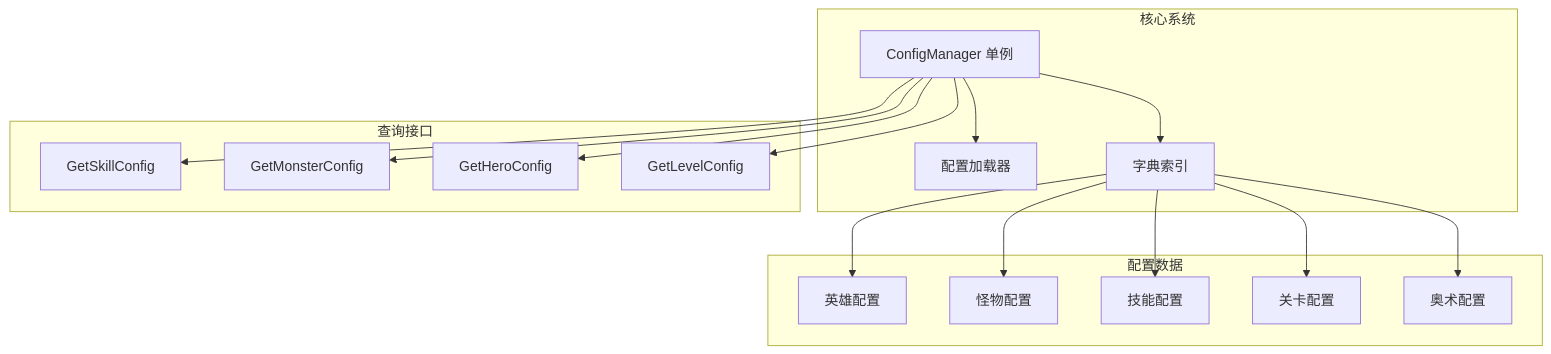
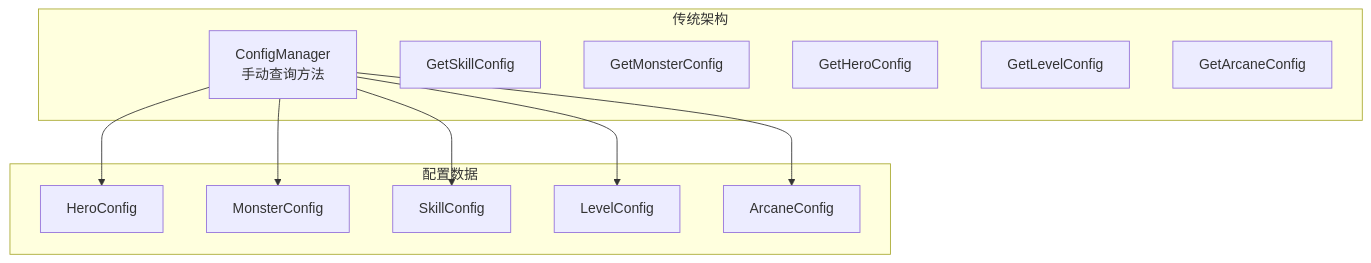
Before and after one commit to Tuusen/p1_client: the first of 2 diagrams in .qoder/repowiki/zh/content/配置管理系统/配置查询接口.md, drawn with Mermaid. The commit also changed other lines of this file and 85 other files, not shown here.

````diff
--- a/.qoder/repowiki/zh/content/配置管理系统/配置查询接口.md
+++ b/.qoder/repowiki/zh/content/配置管理系统/配置查询接口.md
@@ -37,32 +49,23 @@
 ```mermaid
 graph TB
-subgraph "核心系统"
-CM[ConfigManager 单例]
-LM[配置加载器]
-DI[字典索引]
-end
-subgraph "配置数据"
-HC[英雄配置]
-MC[怪物配置]
-SC[技能配置]
-LC[关卡配置]
-AC[奥术配置]
-end
-subgraph "查询接口"
+subgraph "传统架构"
+CM[ConfigManager<br/>手动查询方法]
 GSC[GetSkillConfig]
 GMC[GetMonsterConfig]
 GHC[GetHeroConfig]
 GLC[GetLevelConfig]
+GAC[GetArcaneConfig]
 end
-CM --> LM
-CM --> DI
-DI --> HC
-DI --> MC
-DI --> SC
-DI --> LC
-DI --> AC
-CM --> GSC
-CM --> GMC
-CM --> GHC
-CM --> GLC
+subgraph "配置数据"
+HC[HeroConfig]
+MC[MonsterConfig]
+SC[SkillConfig]
+LC[LevelConfig]
+AC[ArcaneConfig]
+end
+CM --> HC
+CM --> MC
+CM --> SC
+CM --> LC
+CM --> AC
 ```
````
